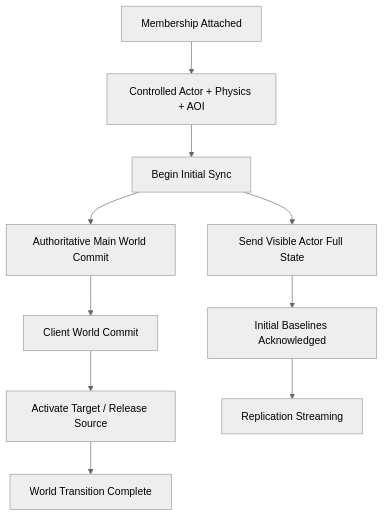
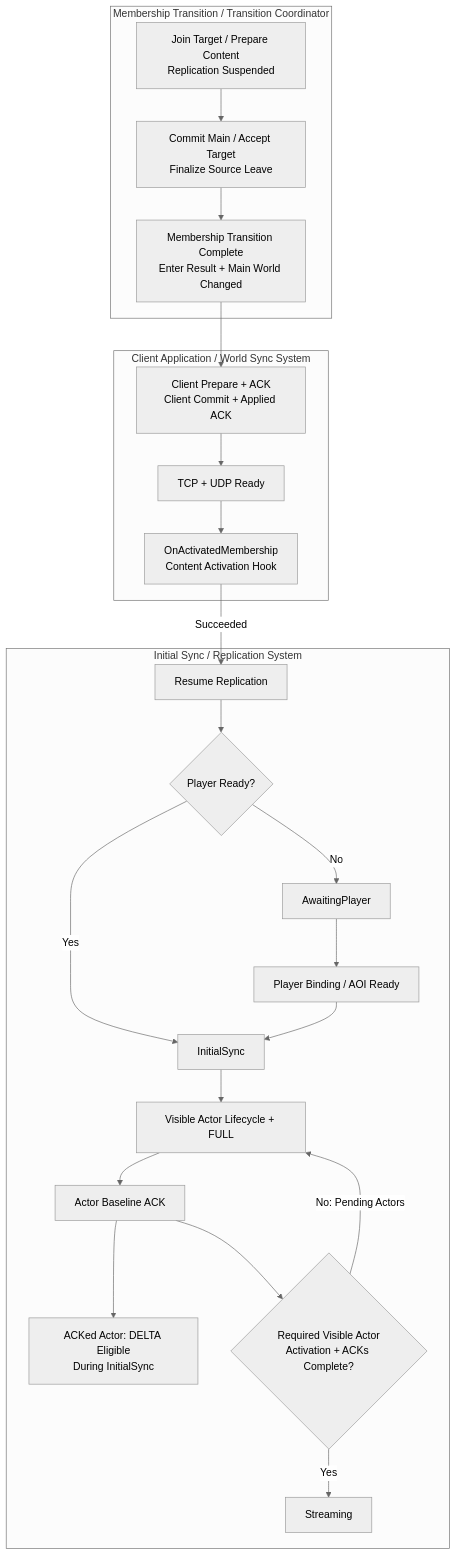
The fourth of 4 diagrams in content/Projects/Jam/Game World/01. World Entry and Transition.md (akxotjr/akxotjr.github.io), drawn with Mermaid (neutral theme) before and after one commit. The commit also changed other lines of this file and 34 other files, not shown here.

````diff
--- a/content/Projects/Jam/Game World/01. World Entry and Transition.md
+++ b/content/Projects/Jam/Game World/01. World Entry and Transition.md
@@ -104,14 +114,41 @@
 ```mermaid
 flowchart TD
-    Membership["Membership Attached"] --> Content["Controlled Actor + Physics + AOI"]
-    Content --> Initial["Begin Initial Sync"]
+    subgraph Membership["Membership Transition / Transition Coordinator"]
+        Join["Join Target / Prepare Content<br/>Replication Suspended"]
+        Commit["Commit Main / Accept Target<br/>Finalize Source Leave"]
+        Done["Membership Transition Complete<br/>Enter Result + Main World Changed"]
+        Join --> Commit --> Done
+    end
 
-    Initial --> Commit["Authoritative Main World Commit"]
-    Commit --> Client["Client World Commit"]
-    Client --> Activate["Activate Target / Release Source"]
-    Activate --> TransitionDone["World Transition Complete"]
+    subgraph Sync["Client Application / World Sync System"]
+        Apply["Client Prepare + ACK<br/>Client Commit + Applied ACK"]
+        Ready["TCP + UDP Ready"]
+        Activate["OnActivatedMembership<br/>Content Activation Hook"]
+        Apply --> Ready --> Activate
+    end
 
-    Initial --> Full["Send Visible Actor Full State"]
-    Full --> Baseline["Initial Baselines Acknowledged"]
-    Baseline --> Streaming["Replication Streaming"]
+    subgraph Replication["Initial Sync / Replication System"]
+        Resume["Resume Replication"]
+        PlayerReady{"Player Ready?"}
+        Await["AwaitingPlayer"]
+        Bind["Player Binding / AOI Ready"]
+        Initial["InitialSync"]
+        Full["Visible Actor Lifecycle + FULL"]
+        Ack["Actor Baseline ACK"]
+        Delta["ACKed Actor: DELTA Eligible<br/>During InitialSync"]
+        Complete{"Required Visible Actor<br/>Activation + ACKs Complete?"}
+        Streaming["Streaming"]
+        Resume --> PlayerReady
+        PlayerReady -- "Yes" --> Initial
+        PlayerReady -- "No" --> Await
+        Await --> Bind --> Initial
+        Initial --> Full --> Ack
+        Ack --> Delta
+        Ack --> Complete
+        Complete -- "No: Pending Actors" --> Full
+        Complete -- "Yes" --> Streaming
+    end
+
+    Done --> Apply
+    Activate -- "Succeeded" --> Resume
 ```
````
